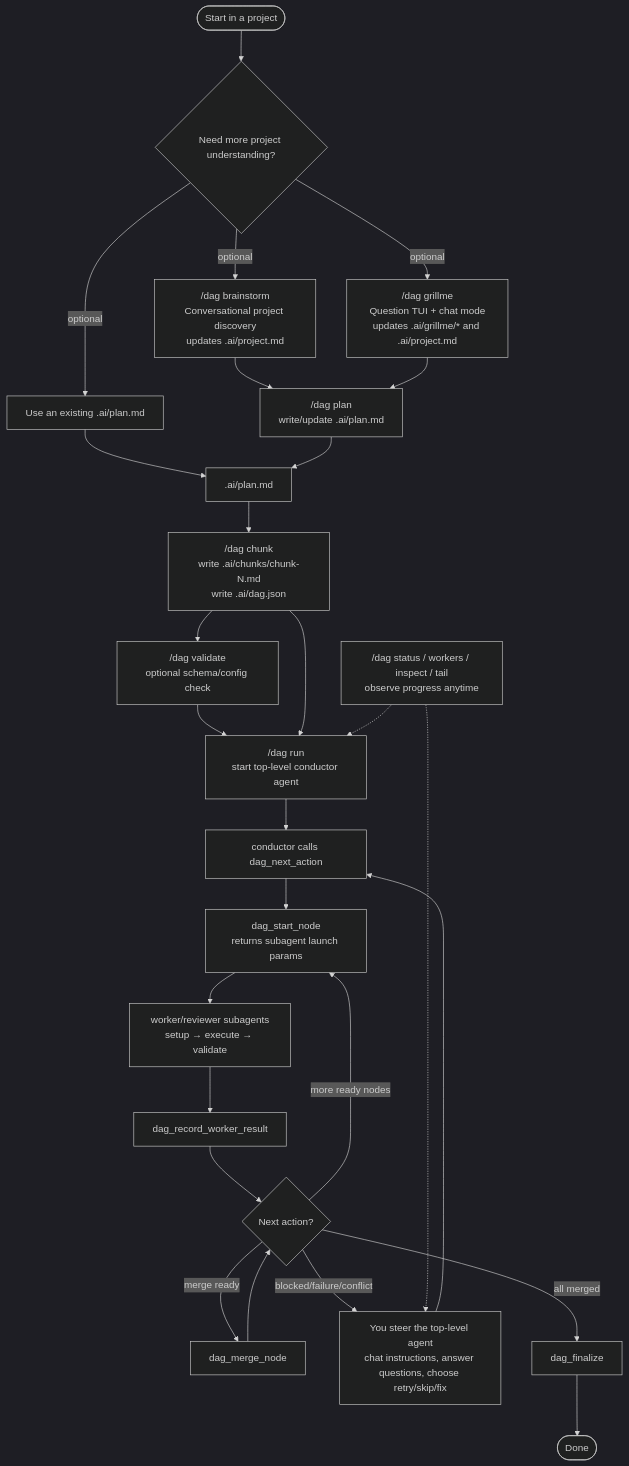
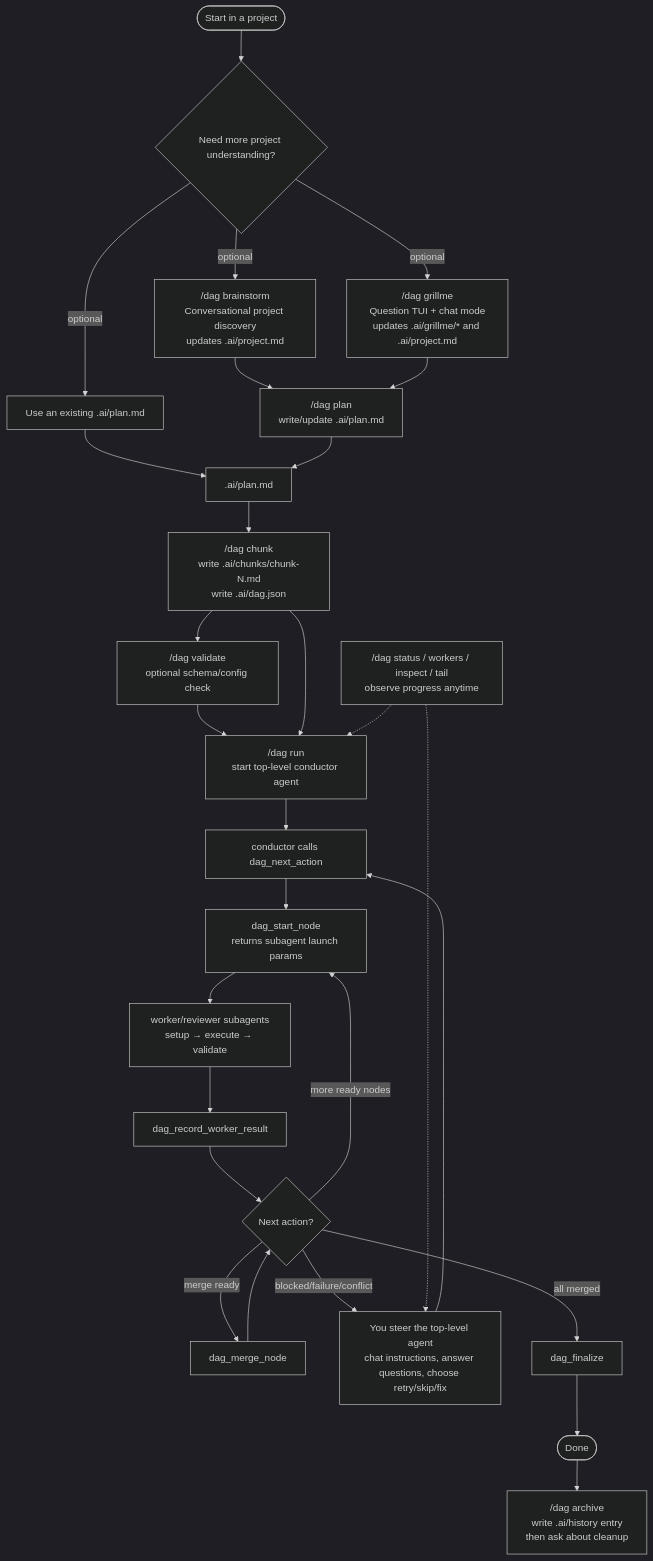
One commit to from-nibly/pi-dag-workflow changed the diagram in README.md. Above: the diagram before and after it, drawn with Mermaid (dark theme). The commit also changed other lines of this file and 1 other file, not shown here.

Commit message:
docs: document DAG archive command

````diff
--- a/README.md
+++ b/README.md
@@ -40,34 +45,35 @@
 ```mermaid
 flowchart TD
   Start([Start in a project]) --> Discover{Need more project understanding?}
 
   Discover -->|optional| Brainstorm["/dag brainstorm\nConversational project discovery\nupdates .ai/project.md"]
   Discover -->|optional| GrillMe["/dag grillme\nQuestion TUI + chat mode\nupdates .ai/grillme/* and .ai/project.md"]
   Discover -->|optional| Existing["Use an existing .ai/plan.md"]
 
   Brainstorm --> Plan["/dag plan\nwrite/update .ai/plan.md"]
   GrillMe --> Plan
   Existing --> PlanReady[".ai/plan.md"]
   Plan --> PlanReady
 
   PlanReady --> Chunk["/dag chunk\nwrite .ai/chunks/chunk-N.md\nwrite .ai/dag.json"]
   Chunk --> Validate["/dag validate\noptional schema/config check"]
   Validate --> Run["/dag run\nstart top-level conductor agent"]
   Chunk --> Run
 
   Run --> NextAction["conductor calls dag_next_action"]
   NextAction --> StartNode["dag_start_node\nreturns subagent launch params"]
   StartNode --> Worker["worker/reviewer subagents\nsetup → execute → validate"]
   Worker --> Record["dag_record_worker_result"]
   Record --> Decide{Next action?}
   Decide -->|more ready nodes| StartNode
   Decide -->|merge ready| Merge["dag_merge_node"]
   Merge --> Decide
   Decide -->|blocked/failure/conflict| UserInput["You steer the top-level agent\nchat instructions, answer questions, choose retry/skip/fix"]
   UserInput --> NextAction
   Decide -->|all merged| Finalize["dag_finalize"]
   Finalize --> Done([Done])
+  Done --> Archive["/dag archive\nwrite .ai/history entry\nthen ask about cleanup"]
 
   Status["/dag status / workers / inspect / tail\nobserve progress anytime"] -.-> Run
   Status -.-> UserInput
 ```
````
